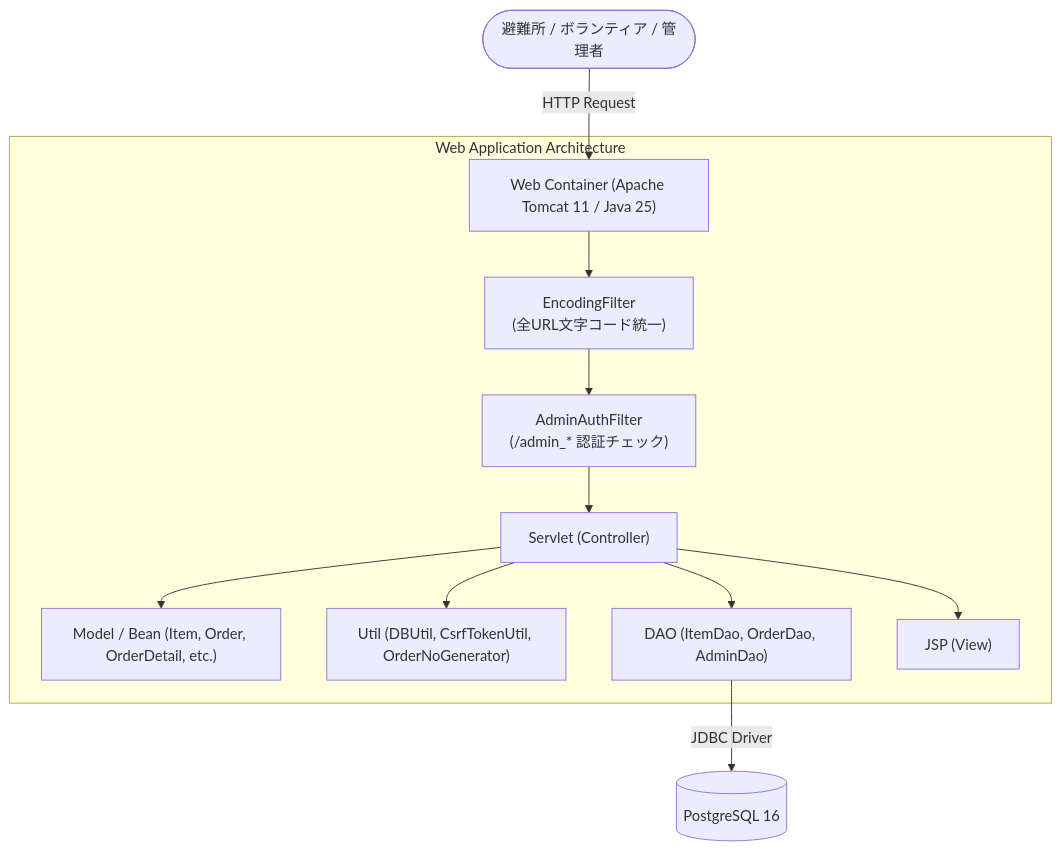
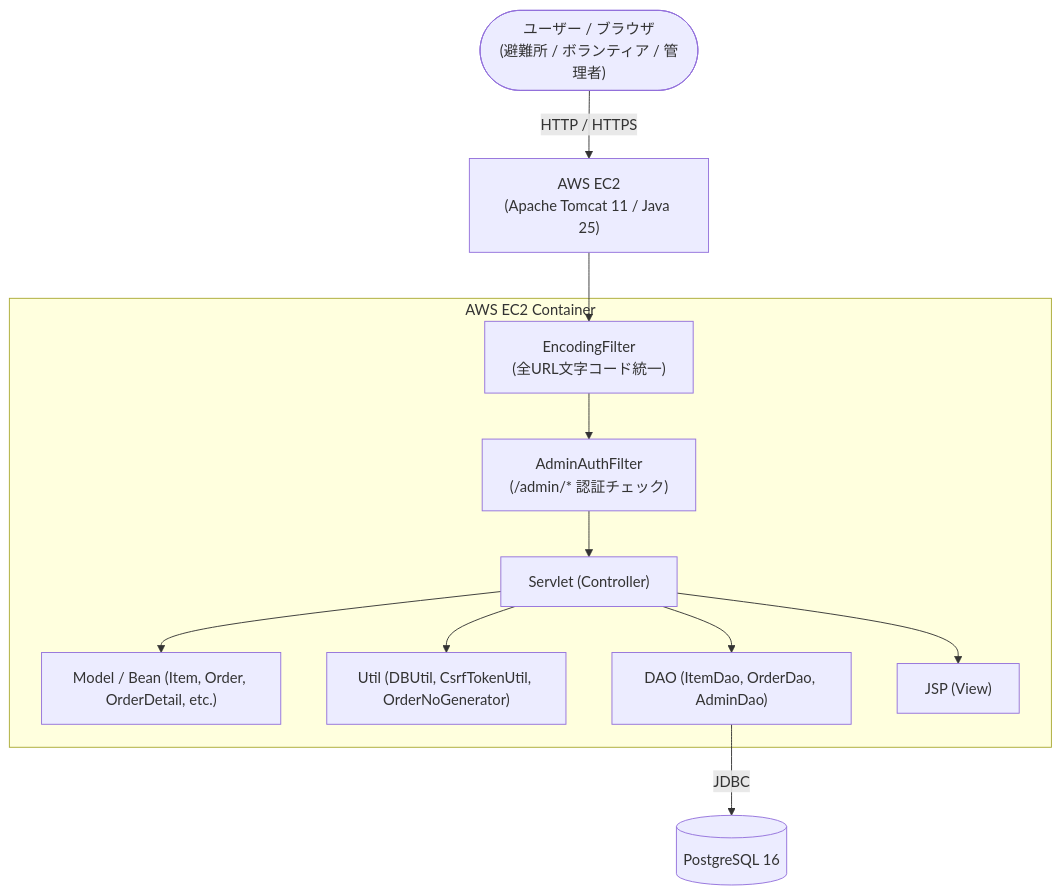
The diagram in readme.md (yoshi93925/MyWebProject), drawn with Mermaid before and after one commit. The commit also changed other lines of this file, not shown here.

````diff
--- a/readme.md
+++ b/readme.md
@@ -102,18 +104,24 @@
 ```mermaid
 graph TD
-    User(["避難所 / ボランティア / 管理者"]) -->|"HTTP Request"| Tomcat["Web Container (Apache Tomcat 11 / Java 25)"]
-    
-    subgraph Architecture ["Web Application Architecture"]
+    User(["ユーザー / ブラウザ<br>(避難所 / ボランティア / 管理者)"]) -->|"HTTP / HTTPS"| EC2["AWS EC2<br>(Apache Tomcat 11 / Java 25)"]
+
+    subgraph Server ["AWS EC2 Container"]
         EncodingFilter["EncodingFilter<br>(全URL文字コード統一)"]
-        AdminAuthFilter["AdminAuthFilter<br>(/admin_* 認証チェック)"]
-        Tomcat --> EncodingFilter
+        AdminAuthFilter["AdminAuthFilter<br>(/admin/* 認証チェック)"]
+        Servlet["Servlet (Controller)"]
+        Model["Model / Bean (Item, Order, OrderDetail, etc.)"]
+        Util["Util (DBUtil, CsrfTokenUtil, OrderNoGenerator)"]
+        DAO["DAO (ItemDao, OrderDao, AdminDao)"]
+        JSP["JSP (View)"]
+
         EncodingFilter --> AdminAuthFilter
-        AdminAuthFilter --> Servlet["Servlet (Controller)"]
-        Servlet --> Model["Model / Bean (Item, Order, OrderDetail, etc.)"]
-        Servlet --> Util["Util (DBUtil, CsrfTokenUtil, OrderNoGenerator)"]
-        Servlet --> DAO["DAO (ItemDao, OrderDao, AdminDao)"]
-        Servlet --> JSP["JSP (View)"]
+        AdminAuthFilter --> Servlet
+        Servlet --> Model
+        Servlet --> Util
+        Servlet --> DAO
+        Servlet --> JSP
     end
-    
-    DAO -->|"JDBC Driver"| DB[("PostgreSQL 16")]
+
+    EC2 --> EncodingFilter
+    DAO -->|"JDBC"| DB[("PostgreSQL 16")]
 ```
````
